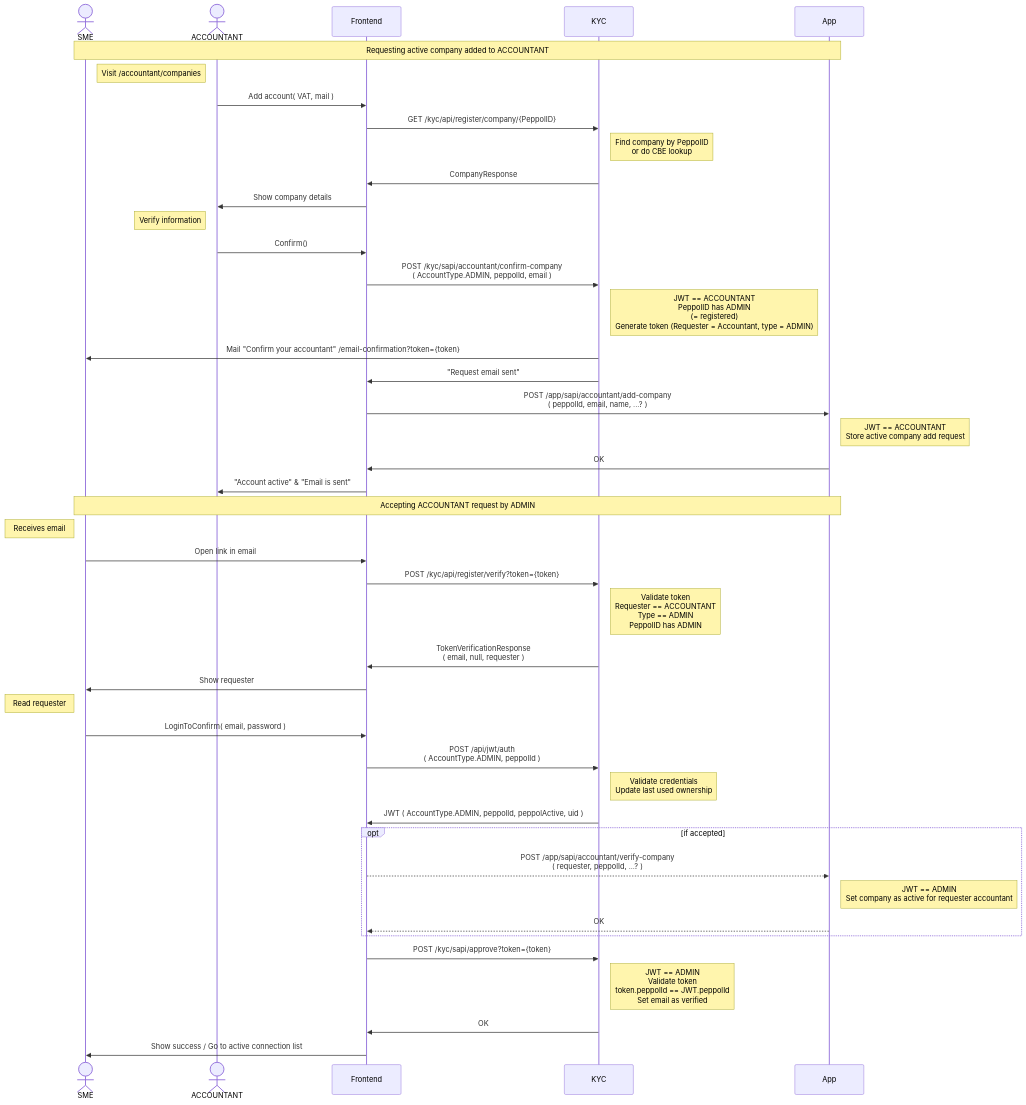
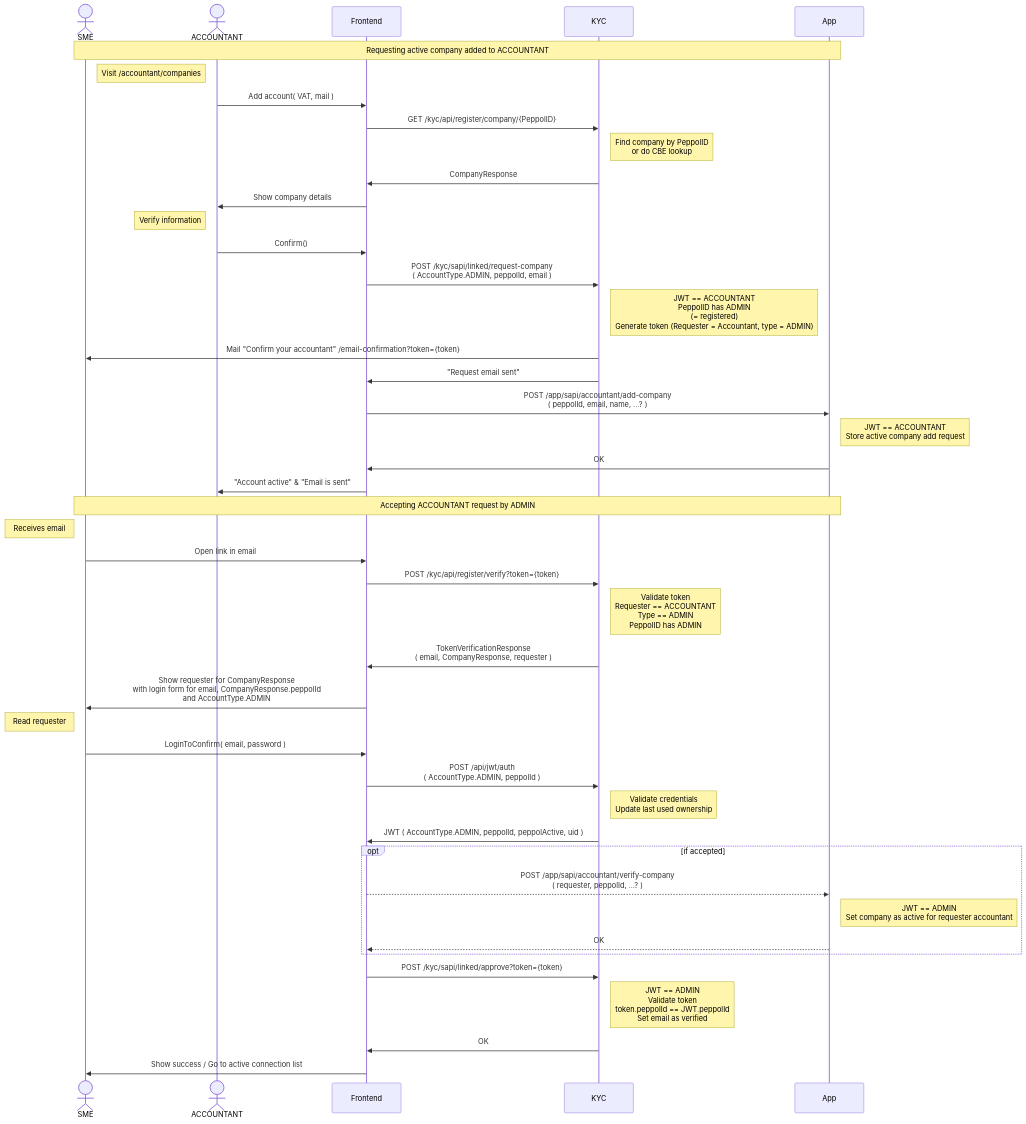
One commit to letspeppol/letspeppol changed the diagram in readme/Registration active ADMIN via ACCOUNTANT and verify by email.md. Above: the diagram before and after it, drawn with Mermaid. The commit also changed other lines of this file and 12 other files, not shown here.

Commit message:
Accountant can register active Admin

````diff
--- a/readme/Registration active ADMIN via ACCOUNTANT and verify by email.md
+++ b/readme/Registration active ADMIN via ACCOUNTANT and verify by email.md
@@ -3,50 +3,50 @@
 ```mermaid
 sequenceDiagram
     actor SME as SME
     actor ACCOUNTANT as ACCOUNTANT
     participant Frontend as Frontend
     participant KYC as KYC
     participant App as App
 
 Note over SME, App: Requesting active company added to ACCOUNTANT
     Note left of ACCOUNTANT: Visit /accountant/companies
     ACCOUNTANT ->> Frontend: Add account( VAT, mail )
     Frontend ->> KYC: GET /kyc/api/register/company/{PeppolID}
     Note right of KYC: Find company by PeppolID <br> or do CBE lookup
     KYC ->> Frontend: CompanyResponse
     Frontend ->> ACCOUNTANT: Show company details
 
     Note left of ACCOUNTANT: Verify information
     ACCOUNTANT ->> Frontend: Confirm()
-    Frontend ->> KYC: POST /kyc/sapi/accountant/confirm-company <br> ( AccountType.ADMIN, peppolId, email )
+    Frontend ->> KYC: POST /kyc/sapi/linked/request-company <br> ( AccountType.ADMIN, peppolId, email )
     Note right of KYC: JWT == ACCOUNTANT <br> PeppolID has ADMIN <br>(= registered) <br> Generate token (Requester = Accountant, type = ADMIN)
     KYC ->> SME: Mail "Confirm your accountant" /email-confirmation?token={token}
     KYC ->> Frontend: "Request email sent"
     Frontend ->> App: POST /app/sapi/accountant/add-company <br> ( peppolId, email, name, ...? )
     Note right of App: JWT == ACCOUNTANT <br> Store active company add request
     App ->> Frontend: OK
     Frontend ->> ACCOUNTANT: "Account active" & "Email is sent"
 
 Note over SME, App: Accepting ACCOUNTANT request by ADMIN
     Note left of SME: Receives email
     SME ->> Frontend: Open link in email
     Frontend ->> KYC: POST /kyc/api/register/verify?token={token}
     Note right of KYC: Validate token <br> Requester == ACCOUNTANT <br> Type == ADMIN <br> PeppolID has ADMIN
-    KYC ->> Frontend: TokenVerificationResponse <br> ( email, null, requester )
-    Frontend ->> SME: Show requester
+    KYC ->> Frontend: TokenVerificationResponse <br> ( email, CompanyResponse, requester )
+    Frontend ->> SME: Show requester for CompanyResponse <br> with login form for email, CompanyResponse.peppolId <br> and AccountType.ADMIN
 
     Note left of SME: Read requester
     SME ->> Frontend: LoginToConfirm( email, password )
     Frontend ->> KYC: POST /api/jwt/auth <br> ( AccountType.ADMIN, peppolId )
     Note right of KYC: Validate credentials <br> Update last used ownership
     KYC ->> Frontend: JWT ( AccountType.ADMIN, peppolId, peppolActive, uid )
     opt if accepted
         Frontend -->> App: POST /app/sapi/accountant/verify-company <br> ( requester, peppolId, ...? )
         Note right of App: JWT == ADMIN <br> Set company as active for requester accountant
         App -->> Frontend: OK
     end
-    Frontend ->> KYC: POST /kyc/sapi/approve?token={token}
+    Frontend ->> KYC: POST /kyc/sapi/linked/approve?token={token}
     Note right of KYC: JWT == ADMIN <br> Validate token <br> token.peppolId == JWT.peppolId <br> Set email as verified
     KYC ->> Frontend: OK
     Frontend ->> SME: Show success / Go to active connection list
 ```
````
